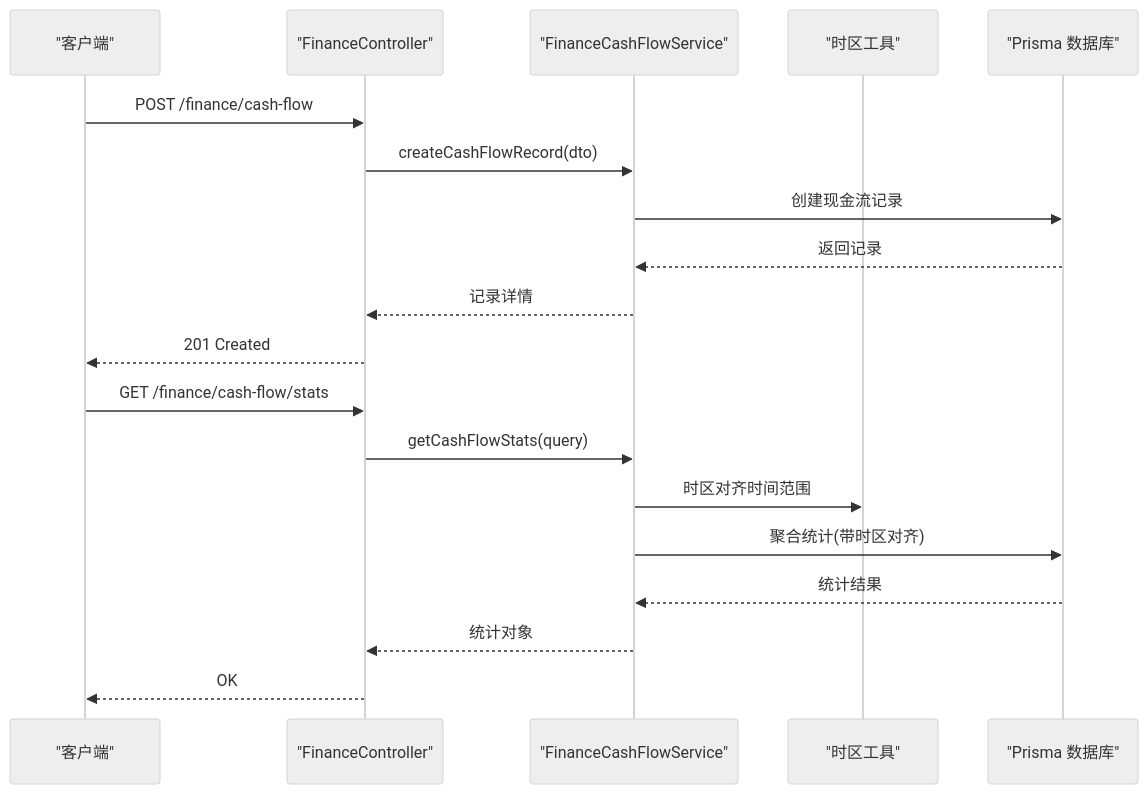
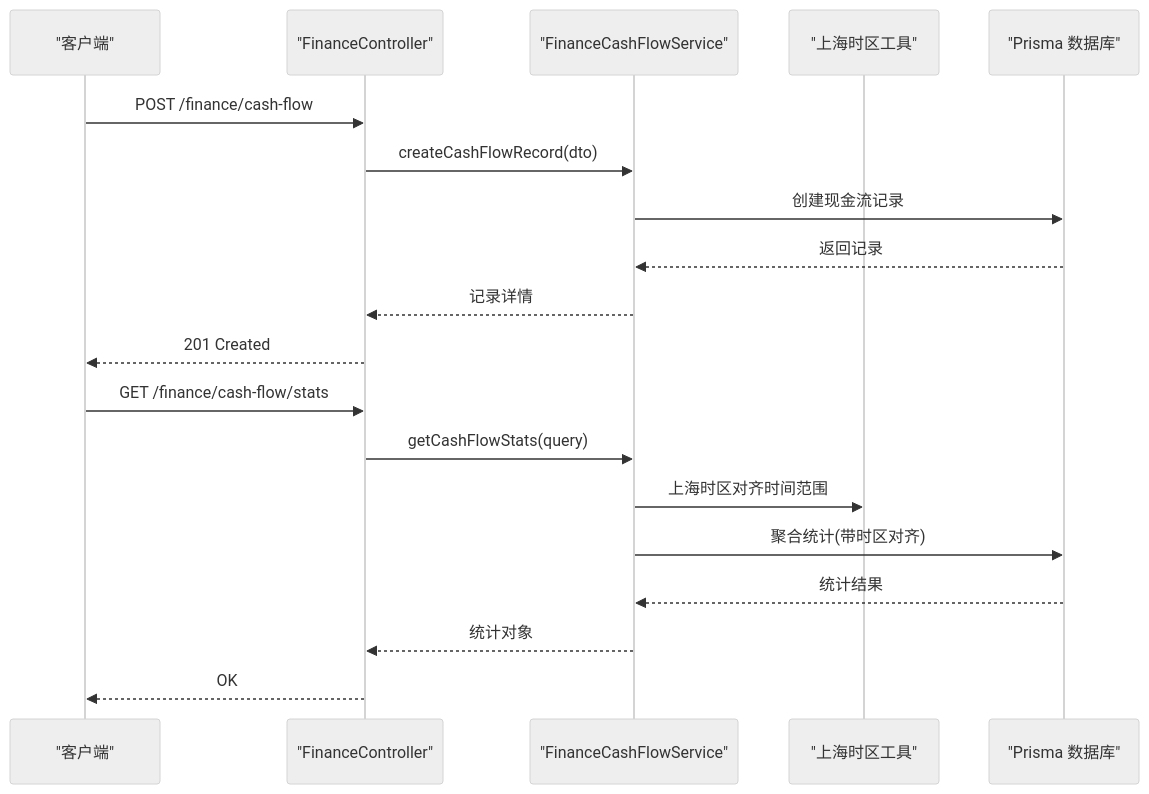
Before and after one commit to rc558620/purelyprofit-server: the seventh of 10 diagrams in .qoder/repowiki/zh/content/业务模块/财务管理模块/财务报表.md, drawn with Mermaid (neutral theme). The commit also changed other lines of this file and 78 other files, not shown here.

````diff
--- a/.qoder/repowiki/zh/content/业务模块/财务管理模块/财务报表.md
+++ b/.qoder/repowiki/zh/content/业务模块/财务管理模块/财务报表.md
@@ -287,21 +371,21 @@
 ```mermaid
 sequenceDiagram
 participant Client as "客户端"
 participant Ctrl as "FinanceController"
 participant Svc as "FinanceCashFlowService"
-participant Util as "时区工具"
+participant ShanghaiUtils as "上海时区工具"
 participant DB as "Prisma 数据库"
 Client->>Ctrl : POST /finance/cash-flow
 Ctrl->>Svc : createCashFlowRecord(dto)
 Svc->>DB : 创建现金流记录
 DB-->>Svc : 返回记录
 Svc-->>Ctrl : 记录详情
 Ctrl-->>Client : 201 Created
 Client->>Ctrl : GET /finance/cash-flow/stats
 Ctrl->>Svc : getCashFlowStats(query)
-Svc->>Util : 时区对齐时间范围
+Svc->>ShanghaiUtils : 上海时区对齐时间范围
 Svc->>DB : 聚合统计(带时区对齐)
 DB-->>Svc : 统计结果
 Svc-->>Ctrl : 统计对象
 Ctrl-->>Client : OK
 ```
````
